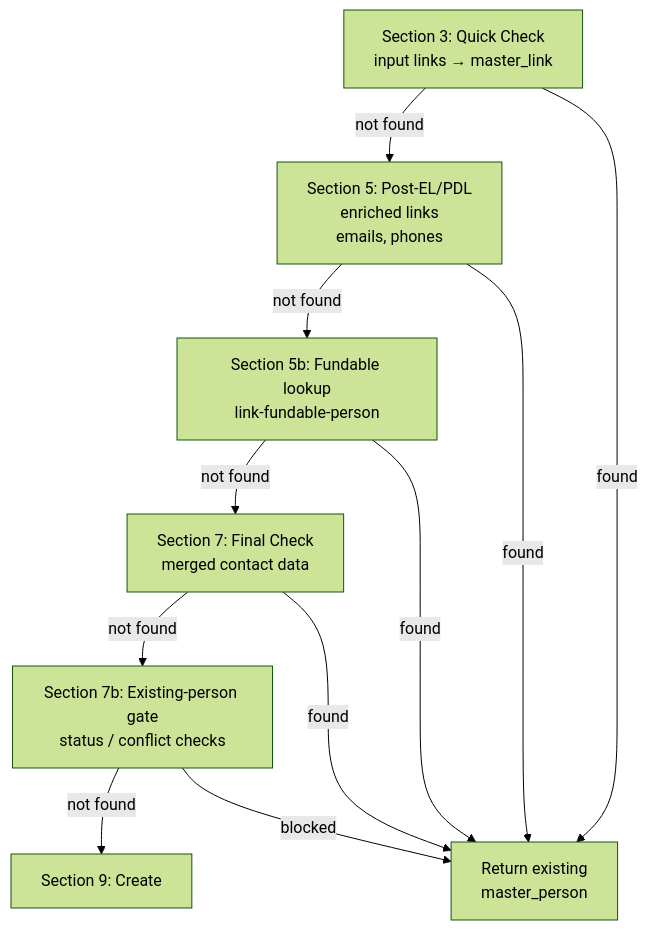
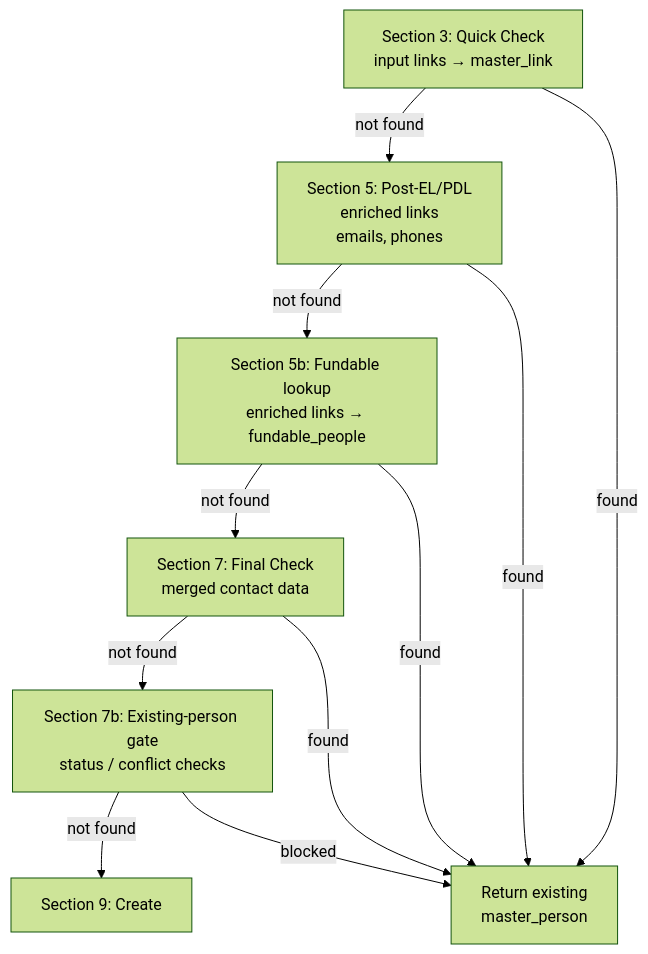
Before and after one commit to M-Pederson/docs: the second of 6 diagrams in guides/enrichment/waterfall/person-enrichment-phases.mdx, drawn with Mermaid (forest theme). The commit also changed other lines of this file and 4 other files, not shown here.

````diff
--- a/guides/enrichment/waterfall/person-enrichment-phases.mdx
+++ b/guides/enrichment/waterfall/person-enrichment-phases.mdx
@@ -109,14 +109,14 @@
 ```mermaid
 graph TD
     A["Section 3: Quick Check<br/>input links → master_link"] -->|not found| B
     B["Section 5: Post-EL/PDL<br/>enriched links<br/>emails, phones"] -->|not found| C
-    C["Section 5b: Fundable lookup<br/>link-fundable-person"] -->|not found| D
+    C["Section 5b: Fundable lookup<br/>enriched links → fundable_people"] -->|not found| D
     D["Section 7: Final Check<br/>merged contact data"] -->|not found| E
     E["Section 7b: Existing-person gate<br/>status / conflict checks"] -->|not found| F["Section 9: Create"]
 
     A -->|found| R["Return existing<br/>master_person"]
     B -->|found| R
     C -->|found| R
     D -->|found| R
     E -->|blocked| R
 ```
````
